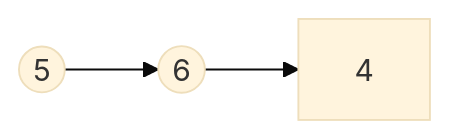
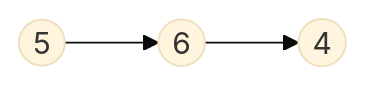
Before and after one commit to markusmikely/leetcode-journey: the second of 3 diagrams in Medium/002-add-two-numbers/problem.md, drawn with Mermaid (base theme).

Commit message:
Updated notes for problems 1-3

````diff
--- a/Medium/002-add-two-numbers/problem.md
+++ b/Medium/002-add-two-numbers/problem.md
@@ -19,4 +19,4 @@
 ```mermaid
 graph LR
-    5((5)) --> 6((6)) --> 4
+    5((5)) --> 6((6)) --> 4((4))
 ```
````
